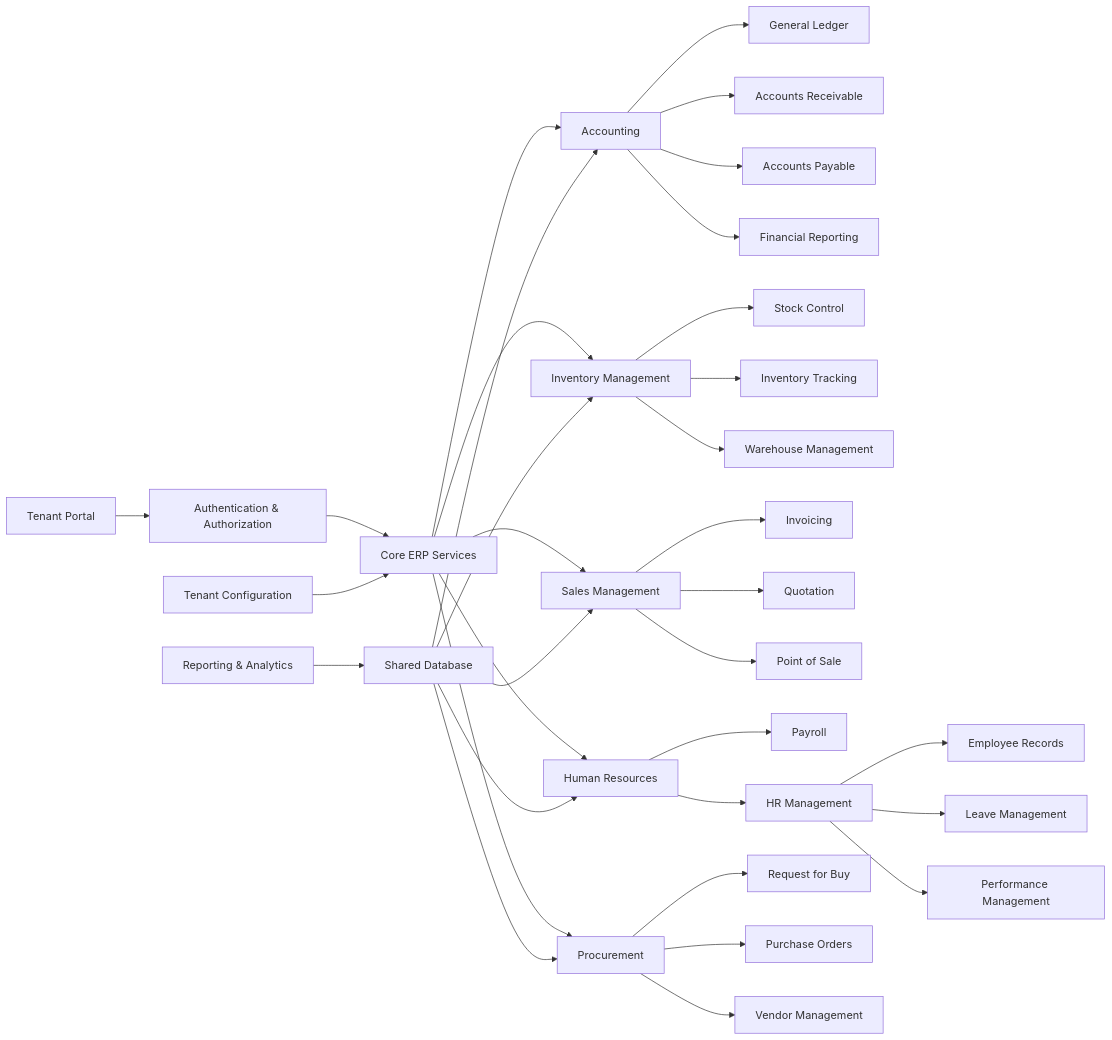
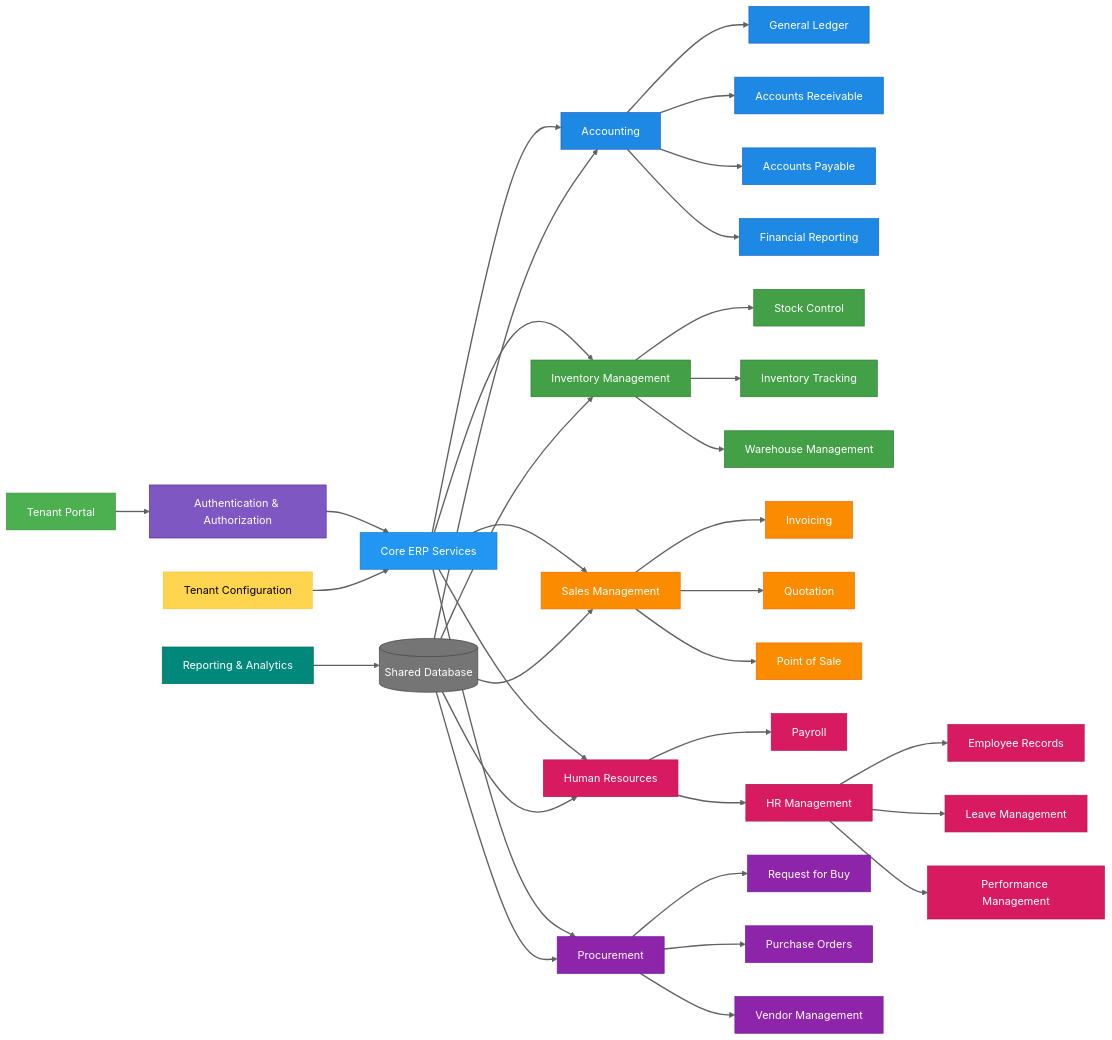
Before and after one commit to fxavier/erp-system-diagrams: the diagram in system-arquitecture.mermaid, drawn with Mermaid.

Commit message:
Added colors

```diff
--- a/system-arquitecture.mermaid
+++ b/system-arquitecture.mermaid
@@ -1,41 +1,63 @@
-%% System Architecture %%
 graph LR
-    A[Tenant Portal] --> B[Authentication & Authorization]
-    B --> C[Core ERP Services]
-    C --> D1[Accounting]
-    C --> D2[Inventory Management]
-    C --> D3[Sales Management]
-    C --> D4[Human Resources]
-    C --> D5[Procurement]
+    %% Color Definitions
+    classDef portal fill:#4CAF50,stroke:#388E3C,color:white;
+    classDef auth fill:#7E57C2,stroke:#512DA8,color:white;
+    classDef core fill:#2196F3,stroke:#1976D2,color:white;
+    classDef accounting fill:#1E88E5,stroke:#1565C0,color:white;
+    classDef inventory fill:#43A047,stroke:#2E7D32,color:white;
+    classDef sales fill:#FB8C00,stroke:#EF6C00,color:white;
+    classDef hr fill:#D81B60,stroke:#AD1457,color:white;
+    classDef procurement fill:#8E24AA,stroke:#6A1B9A,color:white;
+    classDef database fill:#757575,stroke:#424242,color:white;
+    classDef reporting fill:#00897B,stroke:#00695C,color:white;
+    classDef config fill:#FFD54F,stroke:#FBC02D,color:black;
+
+    %% Nodes
+    A[Tenant Portal]:::portal --> B[Authentication & Authorization]:::auth
+    B --> C[Core ERP Services]:::core
+    C --> D1[Accounting]:::accounting
+    C --> D2[Inventory Management]:::inventory
+    C --> D3[Sales Management]:::sales
+    C --> D4[Human Resources]:::hr
+    C --> D5[Procurement]:::procurement
     
-    D1 --> E1[General Ledger]
-    D1 --> E2[Accounts Receivable]
-    D1 --> E3[Accounts Payable]
-    D1 --> E4[Financial Reporting]
+    %% Accounting Submodules
+    D1 --> E1[General Ledger]:::accounting
+    D1 --> E2[Accounts Receivable]:::accounting
+    D1 --> E3[Accounts Payable]:::accounting
+    D1 --> E4[Financial Reporting]:::accounting
     
-    D2 --> F1[Stock Control]
-    D2 --> F2[Inventory Tracking]
-    D2 --> F3[Warehouse Management]
+    %% Inventory Submodules
+    D2 --> F1[Stock Control]:::inventory
+    D2 --> F2[Inventory Tracking]:::inventory
+    D2 --> F3[Warehouse Management]:::inventory
     
-    D3 --> G1[Invoicing]
-    D3 --> G2[Quotation]
-    D3 --> G3[Point of Sale]
+    %% Sales Submodules
+    D3 --> G1[Invoicing]:::sales
+    D3 --> G2[Quotation]:::sales
+    D3 --> G3[Point of Sale]:::sales
     
-    D4 --> H1[Payroll]
-    D4 --> H2[HR Management]
-    H2 --> H3[Employee Records]
-    H2 --> H4[Leave Management]
-    H2 --> H5[Performance Management]
+    %% HR Submodules
+    D4 --> H1[Payroll]:::hr
+    D4 --> H2[HR Management]:::hr
+    H2 --> H3[Employee Records]:::hr
+    H2 --> H4[Leave Management]:::hr
+    H2 --> H5[Performance Management]:::hr
     
-    D5 --> I1[Request for Buy]
-    D5 --> I2[Purchase Orders]
-    D5 --> I3[Vendor Management]
+    %% Procurement Submodules
+    D5 --> I1[Request for Buy]:::procurement
+    D5 --> I2[Purchase Orders]:::procurement
+    D5 --> I3[Vendor Management]:::procurement
     
-    J[Shared Database] --> D1
+    %% Database & Other Services
+    J[(Shared Database)]:::database --> D1
     J --> D2
     J --> D3
     J --> D4
     J --> D5
     
-    K[Reporting & Analytics] --> J
-    L[Tenant Configuration] --> C
+    K[Reporting & Analytics]:::reporting --> J
+    L[Tenant Configuration]:::config --> C
+
+    %% Styling Links
+    linkStyle default stroke:#616161,stroke-width:2px
```
